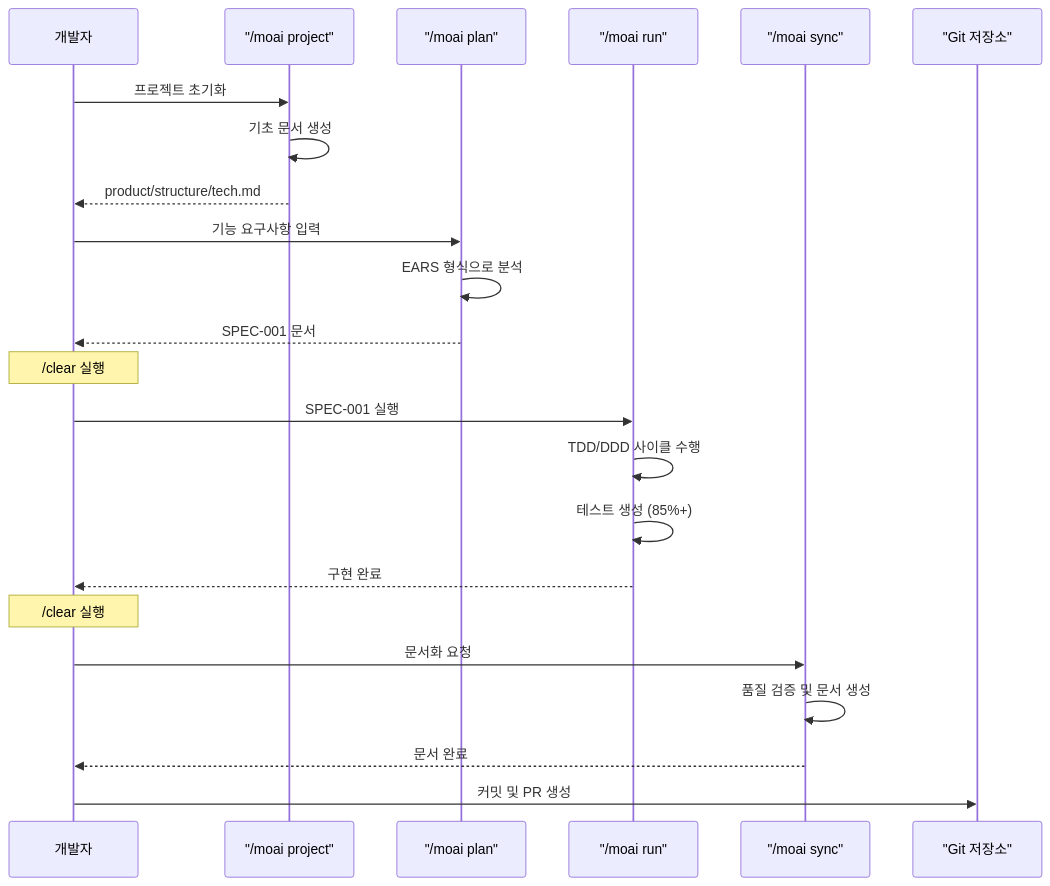
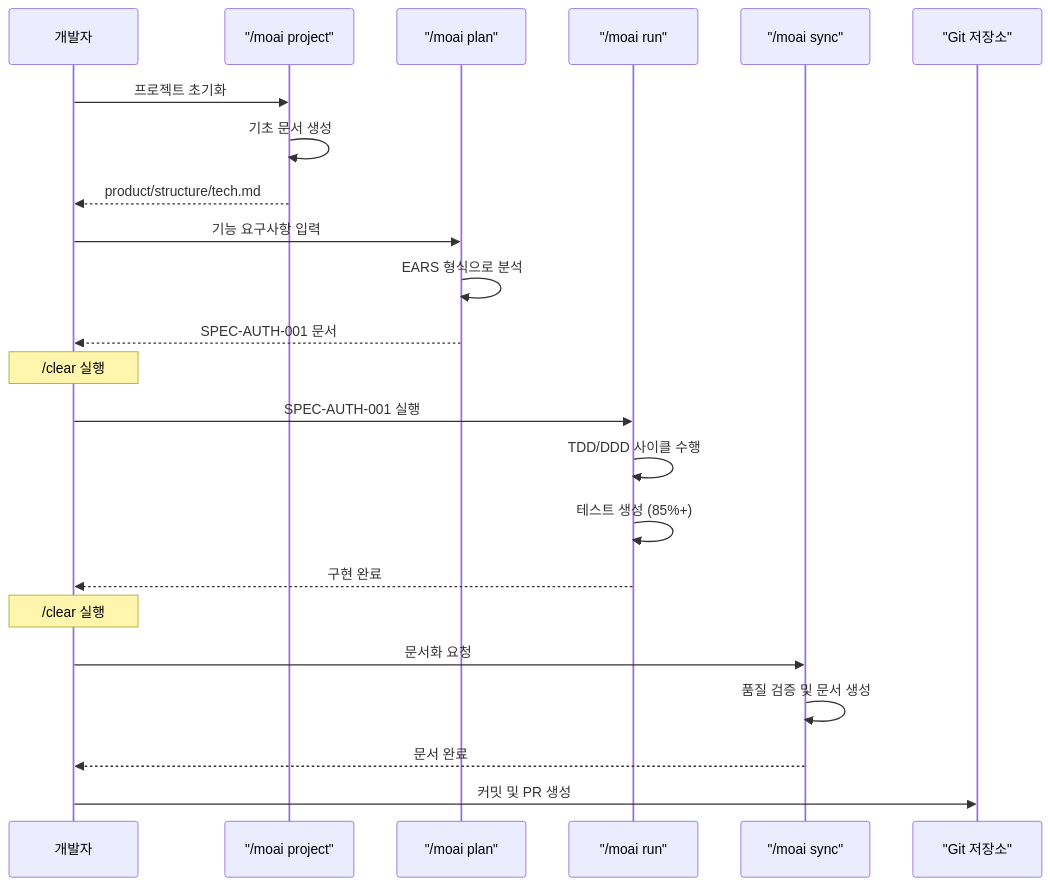
One commit to modu-ai/moai-adk changed the seventh of 9 diagrams in docs-site/content/ko/getting-started/quickstart.md. Above: the diagram before and after it, drawn with Mermaid. The commit also changed other lines of this file and 5 other files, not shown here.

````diff
--- a/docs-site/content/ko/getting-started/quickstart.md
+++ b/docs-site/content/ko/getting-started/quickstart.md
@@ -249,32 +249,32 @@
 ```mermaid
 sequenceDiagram
     participant Dev as 개발자
     participant Project as "/moai project"
     participant Plan as "/moai plan"
     participant Run as "/moai run"
     participant Sync as "/moai sync"
     participant Git as "Git 저장소"
 
     Dev->>Project: 프로젝트 초기화
     Project->>Project: 기초 문서 생성
     Project-->>Dev: product/structure/tech.md
 
     Dev->>Plan: 기능 요구사항 입력
     Plan->>Plan: EARS 형식으로 분석
-    Plan-->>Dev: SPEC-001 문서
+    Plan-->>Dev: SPEC-AUTH-001 문서
 
     Note over Dev: /clear 실행
 
-    Dev->>Run: SPEC-001 실행
+    Dev->>Run: SPEC-AUTH-001 실행
     Run->>Run: TDD/DDD 사이클 수행
     Run->>Run: 테스트 생성 (85%+)
     Run-->>Dev: 구현 완료
 
     Note over Dev: /clear 실행
 
     Dev->>Sync: 문서화 요청
     Sync->>Sync: 품질 검증 및 문서 생성
     Sync-->>Dev: 문서 완료
 
     Dev->>Git: 커밋 및 PR 생성
 ```
````
